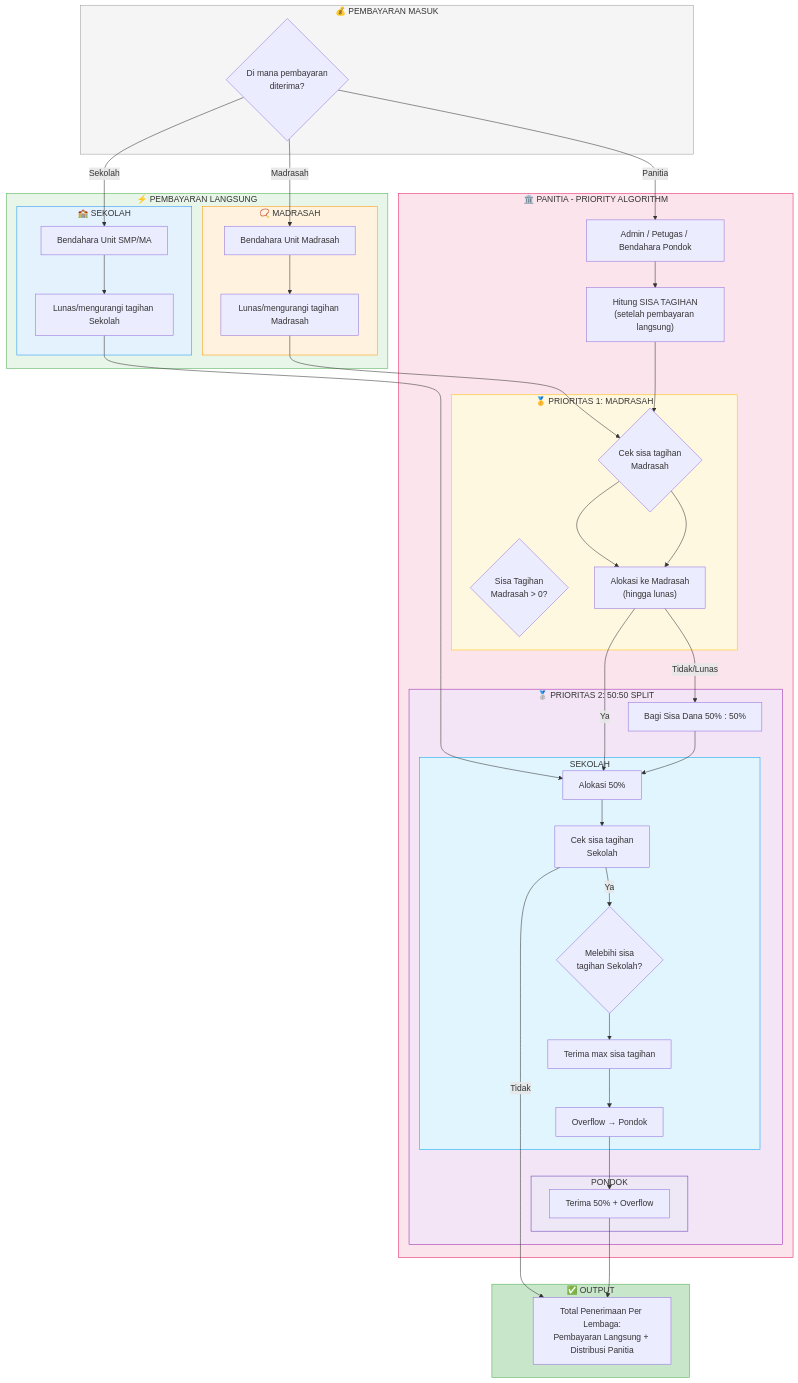
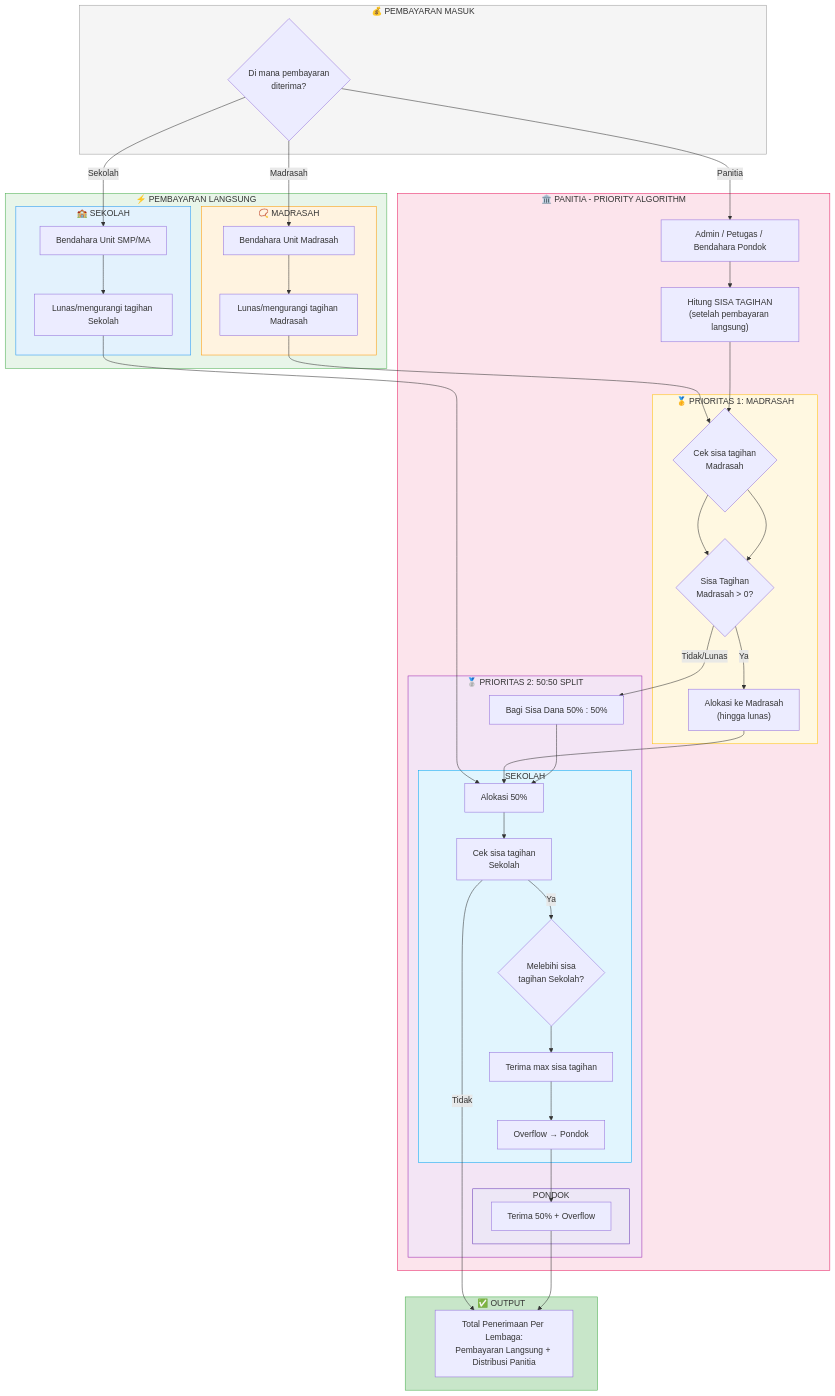
The diagram in docs/PRIORITY_ALGORITHM.md (mfauzanhanif/psb), drawn with Mermaid before and after one commit.

Commit message:
update dokumentasi

````diff
--- a/docs/PRIORITY_ALGORITHM.md
+++ b/docs/PRIORITY_ALGORITHM.md
@@ -14,79 +14,79 @@
 ```mermaid
 flowchart TD
     subgraph INPUT["💰 PEMBAYARAN MASUK"]
         A{"Di mana pembayaran<br/>diterima?"}
     end
 
     subgraph DIRECT["⚡ PEMBAYARAN LANGSUNG"]
         subgraph MADRASAH_DIRECT["📿 MADRASAH"]
             E["Bendahara Unit Madrasah"]
             E1["Lunas/mengurangi tagihan Madrasah"]
         end
         
         subgraph SEKOLAH_DIRECT["🏫 SEKOLAH"]
             H["Bendahara Unit SMP/MA"]
             H1["Lunas/mengurangi tagihan Sekolah"]
         end
     end
 
     subgraph PANITIA["🏛️ PANITIA - PRIORITY ALGORITHM"]
         B["Admin / Petugas / Bendahara Pondok"]
         B1["Hitung SISA TAGIHAN<br/>(setelah pembayaran langsung)"]
         
         subgraph PRIORITY1["🥇 PRIORITAS 1: MADRASAH"]
             C{"Sisa Tagihan<br/>Madrasah > 0?"}
             C1{"Cek sisa tagihan<br/>Madrasah"}
             C2["Alokasi ke Madrasah<br/>(hingga lunas)"]
         end
         
         subgraph PRIORITY2["🥈 PRIORITAS 2: 50:50 SPLIT"]
             D["Bagi Sisa Dana 50% : 50%"]
             
             subgraph SEKOLAH_SPLIT["SEKOLAH"]
                 D1["Alokasi 50%"]
                 D2["Cek sisa tagihan<br/>Sekolah"]
                 D3{"Melebihi sisa<br/>tagihan Sekolah?"}
                 D4["Terima max sisa tagihan"]
                 D5["Overflow → Pondok"]
             end
             
             subgraph PONDOK_SPLIT["PONDOK"]
                 D6["Terima 50% + Overflow"]
             end
         end
     end
 
     subgraph OUTPUT["✅ OUTPUT"]
         N["Total Penerimaan Per Lembaga:<br/>Pembayaran Langsung + Distribusi Panitia"]
     end
 
     A -->|Madrasah| E
     A -->|Sekolah| H
     A -->|Panitia| B
     
-    E --> E1 --> C1 --> C2
+    E --> E1 --> C1 --> C
     H --> H1 --> D1
     
-    B --> B1 --> C1 --> C2
-    C2 -->|Ya| D1
-    C2 -->|Tidak/Lunas| D
+    B --> B1 --> C1 --> C
+    C -->|Ya| C2 --> D1
+    C -->|Tidak/Lunas| D
     
     D --> D1
     D1 --> D2
     D2 -->|Ya| D3 --> D4
     D2 -->|Tidak| N
     D4 --> D5
     D5 --> D6
     D6 --> N
 
     style INPUT fill:#f5f5f5,stroke:#9e9e9e
     style DIRECT fill:#e8f5e9,stroke:#4caf50
     style MADRASAH_DIRECT fill:#fff3e0,stroke:#ff9800
     style SEKOLAH_DIRECT fill:#e3f2fd,stroke:#2196f3
     style PANITIA fill:#fce4ec,stroke:#e91e63
     style PRIORITY1 fill:#fff8e1,stroke:#ffc107
     style PRIORITY2 fill:#f3e5f5,stroke:#9c27b0
     style SEKOLAH_SPLIT fill:#e1f5fe,stroke:#03a9f4
     style PONDOK_SPLIT fill:#ede7f6,stroke:#673ab7
     style OUTPUT fill:#c8e6c9,stroke:#4caf50
 ```
````
